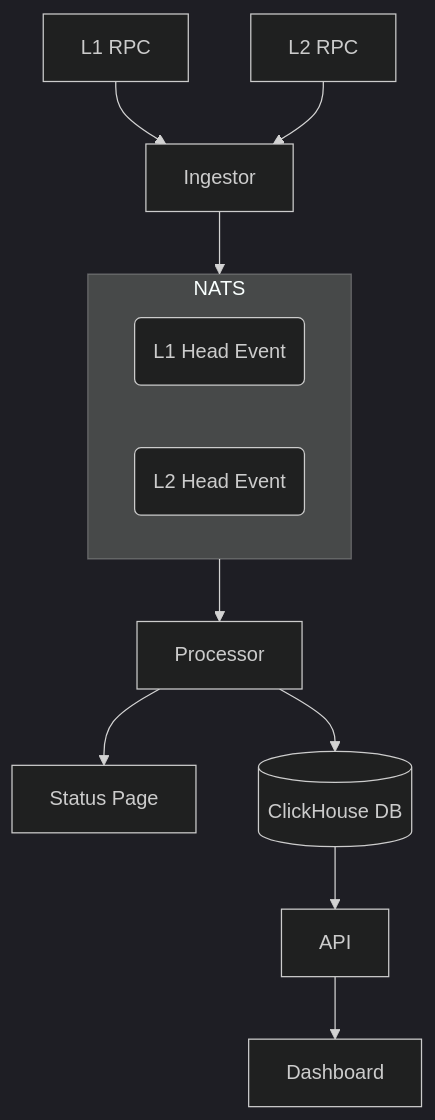
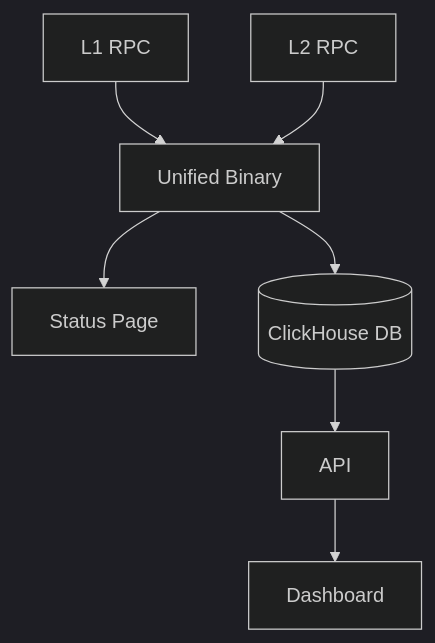
Before and after one commit to chainbound/taikoscope: the diagram in README.md, drawn with Mermaid (dark theme). The commit also changed other lines of this file and 19 other files, not shown here.

First line of the commit message:
refactor: remove ingestor/processor separation and NATS infrastructure

````diff
--- a/README.md
+++ b/README.md
@@ -139,17 +144,10 @@
 ```mermaid
 flowchart TD
-  L1[L1 RPC] --> Ingestor
-  L2[L2 RPC] --> Ingestor
+  L1[L1 RPC] --> Unified[Unified Binary]
+  L2[L2 RPC] --> Unified
 
-  subgraph NATS
-    Event1@{ shape: rounded, label: "L1 Head Event" }
-    Event2@{ shape: rounded, label: "L2 Head Event" }
-  end
-
-  Ingestor --> NATS
-  NATS --> Processor
-  Processor --> Instatus["Status Page"]
-  Processor --> CH[(ClickHouse DB)]
+  Unified --> Instatus["Status Page"]
+  Unified --> CH[(ClickHouse DB)]
   CH --> API
   API --> Dashboard
 ```
````
